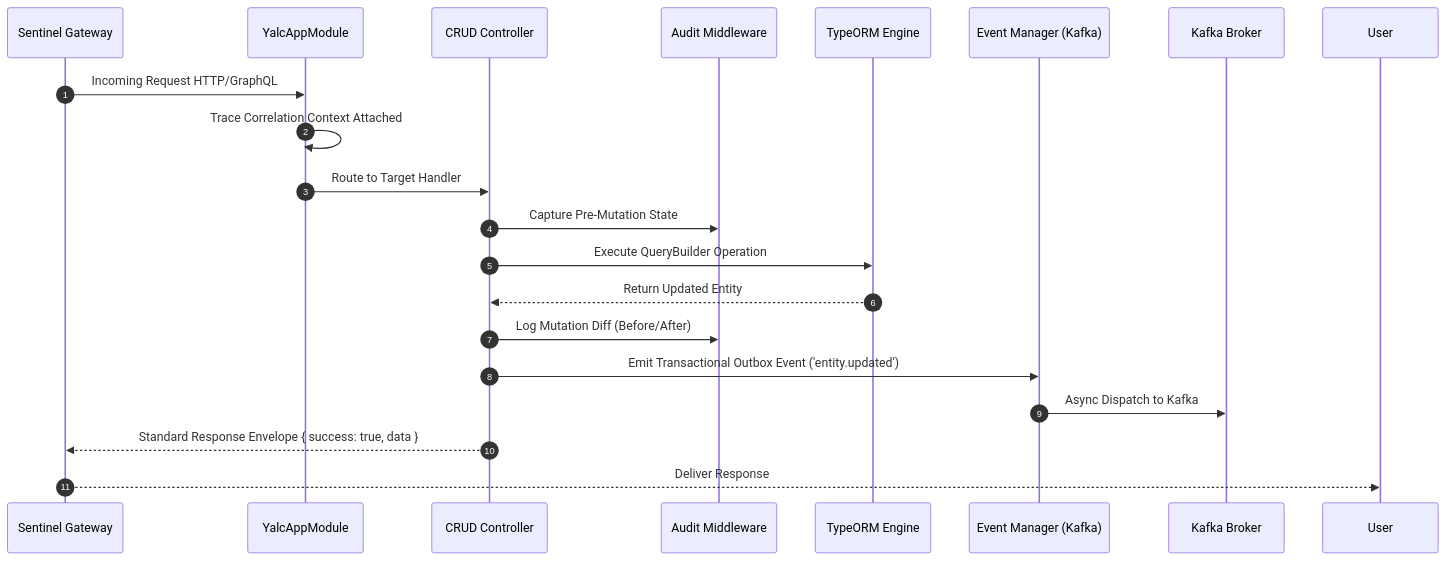
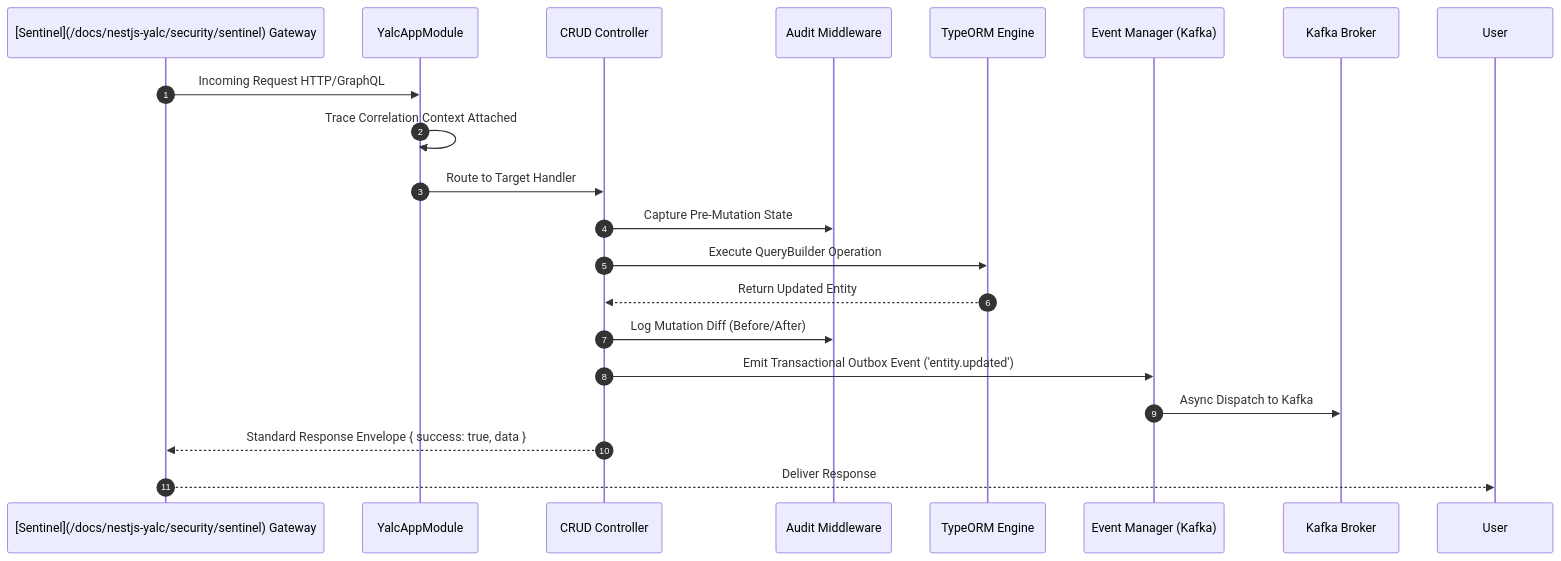
Before and after one commit to AI-Autistic-Intelligence/ferrox-docs: the diagram in docs/nestjs-yalc/overview/intro.md, drawn with Mermaid. The commit also changed other lines of this file and 121 other files, not shown here.

````diff
--- a/docs/nestjs-yalc/overview/intro.md
+++ b/docs/nestjs-yalc/overview/intro.md
@@ -72,22 +72,22 @@
 ```mermaid
 sequenceDiagram
     autonumber
-    participant Gateway as Sentinel Gateway
+    participant Gateway as [Sentinel](/docs/nestjs-yalc/security/sentinel) Gateway
     participant App as YalcAppModule
     participant Controller as CRUD Controller
     participant Audit as Audit Middleware
     participant DB as TypeORM Engine
     participant Event as Event Manager (Kafka)
 
     Gateway->>App: Incoming Request HTTP/GraphQL
     App->>App: Trace Correlation Context Attached
     App->>Controller: Route to Target Handler
     Controller->>Audit: Capture Pre-Mutation State
     Controller->>DB: Execute QueryBuilder Operation
     DB-->>Controller: Return Updated Entity
     Controller->>Audit: Log Mutation Diff (Before/After)
     Controller->>Event: Emit Transactional Outbox Event ('entity.updated')
     Event->>Kafka Broker: Async Dispatch to Kafka
     Controller-->>Gateway: Standard Response Envelope { success: true, data }
     Gateway-->>User: Deliver Response
 ```
````
